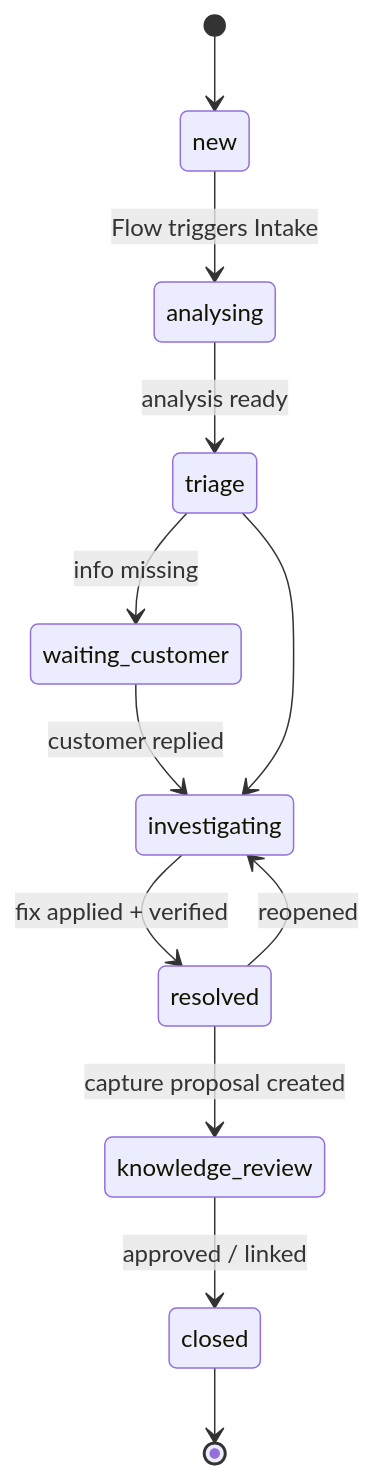
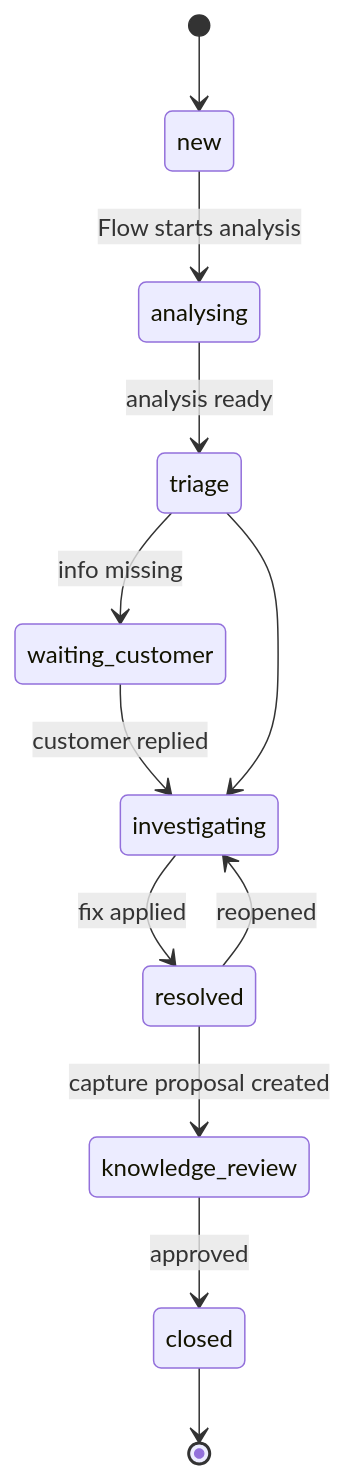
The second of 10 diagrams in docs/02-product-implementation.md (Maithiliii/viamedici-solution-platform), drawn with Mermaid before and after one commit. The commit also changed other lines of this file and 2 other files, not shown here.

````diff
--- a/docs/02-product-implementation.md
+++ b/docs/02-product-implementation.md
@@ -80,14 +80,14 @@
 ```mermaid
 stateDiagram-v2
     [*] --> new
-    new --> analysing: Flow triggers Intake
+    new --> analysing: Flow starts analysis
     analysing --> triage: analysis ready
     triage --> waiting_customer: info missing
     waiting_customer --> investigating: customer replied
     triage --> investigating
-    investigating --> resolved: fix applied + verified
+    investigating --> resolved: fix applied
     resolved --> knowledge_review: capture proposal created
-    knowledge_review --> closed: approved / linked
+    knowledge_review --> closed: approved
     resolved --> investigating: reopened
     closed --> [*]
 ```
````
